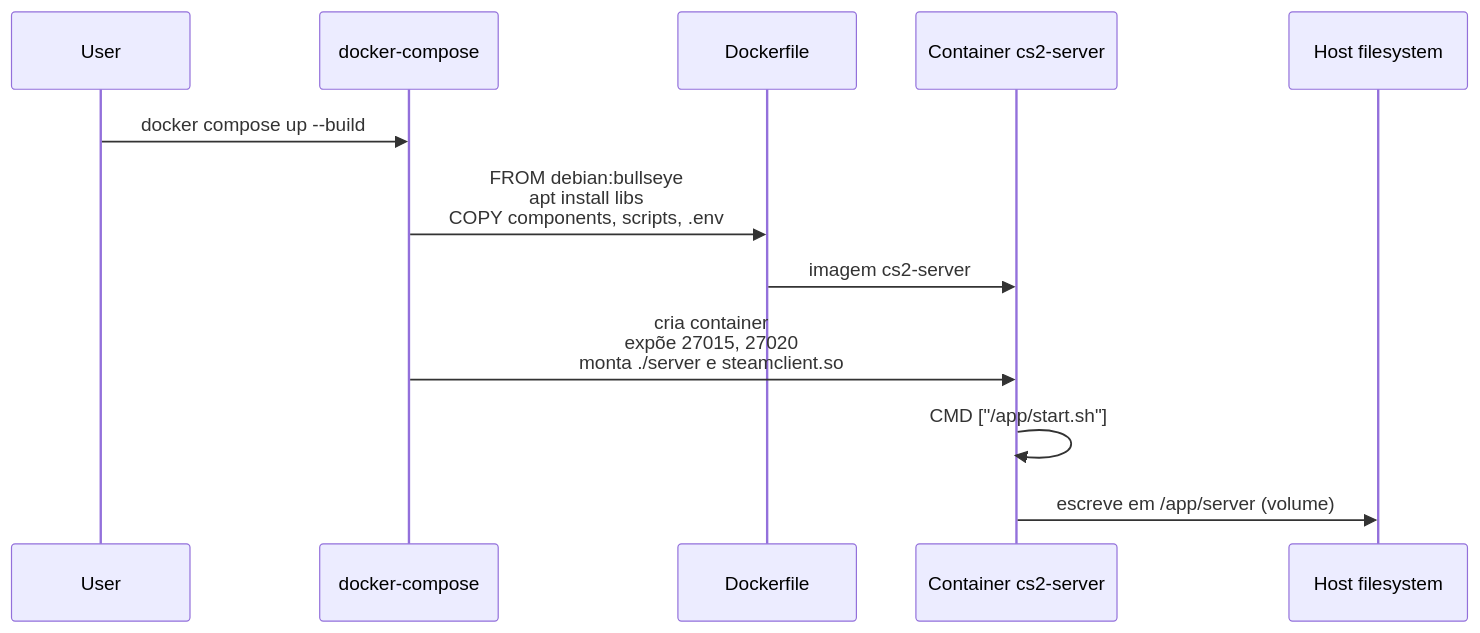
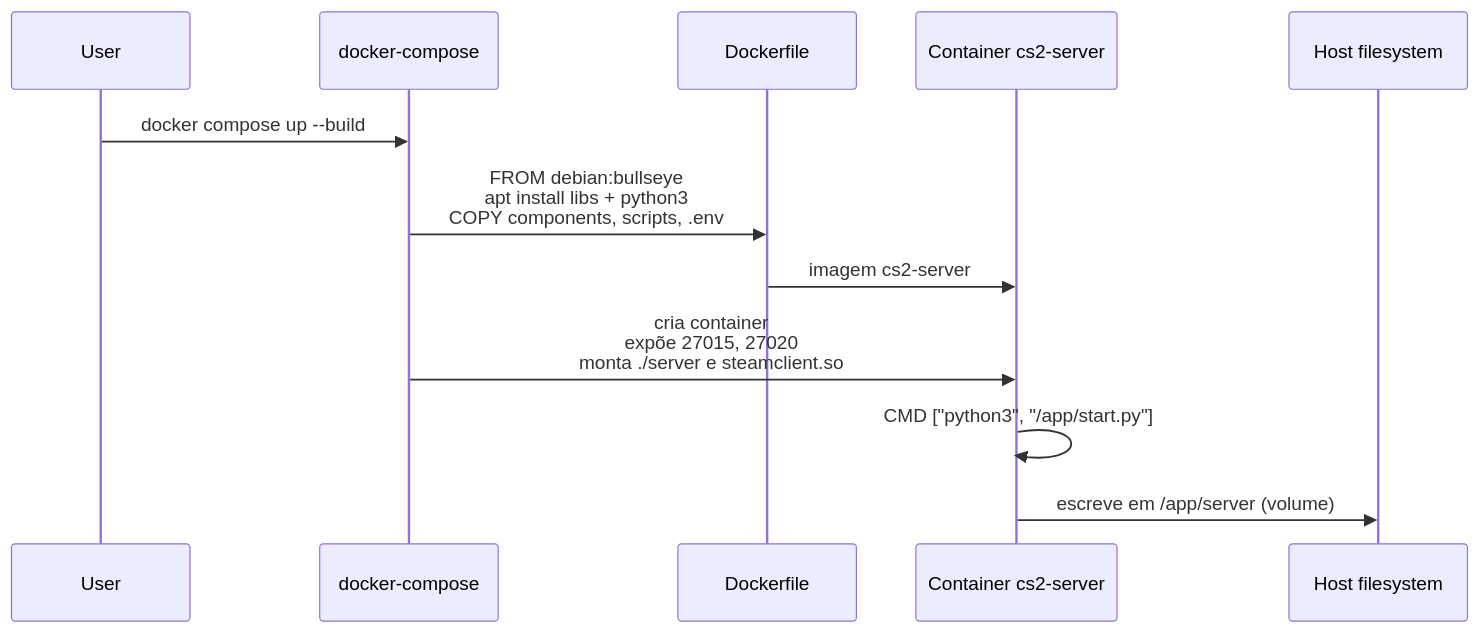
Before and after one commit to vinnedev/cs2-linux-server: the second of 3 diagrams in docs/03-install-flow.md, drawn with Mermaid. The commit also changed other lines of this file and 92 other files, not shown here.

````diff
--- a/docs/03-install-flow.md
+++ b/docs/03-install-flow.md
@@ -38,15 +38,15 @@
 ```mermaid
 sequenceDiagram
     participant User
     participant Compose as docker-compose
     participant Build as Dockerfile
     participant CT as Container cs2-server
     participant Host as Host filesystem
 
     User->>Compose: docker compose up --build
-    Compose->>Build: FROM debian:bullseye<br/>apt install libs<br/>COPY components, scripts, .env
+    Compose->>Build: FROM debian:bullseye<br/>apt install libs + python3<br/>COPY components, scripts, .env
     Build->>CT: imagem cs2-server
     Compose->>CT: cria container<br/>expõe 27015, 27020<br/>monta ./server e steamclient.so
-    CT->>CT: CMD ["/app/start.sh"]
+    CT->>CT: CMD ["python3", "/app/start.py"]
     CT->>Host: escreve em /app/server (volume)
 ```
````
